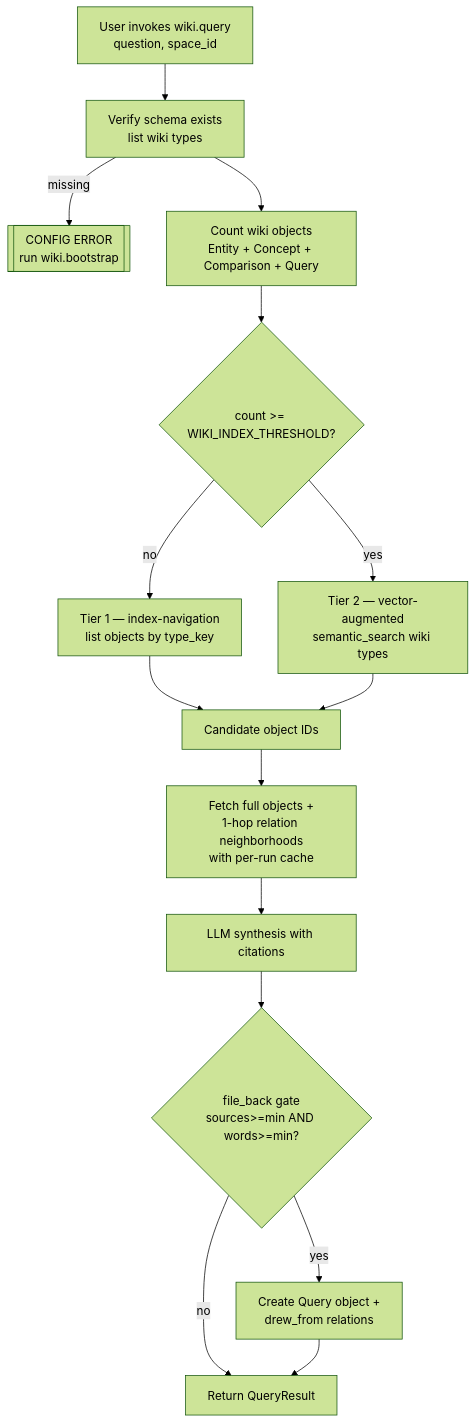
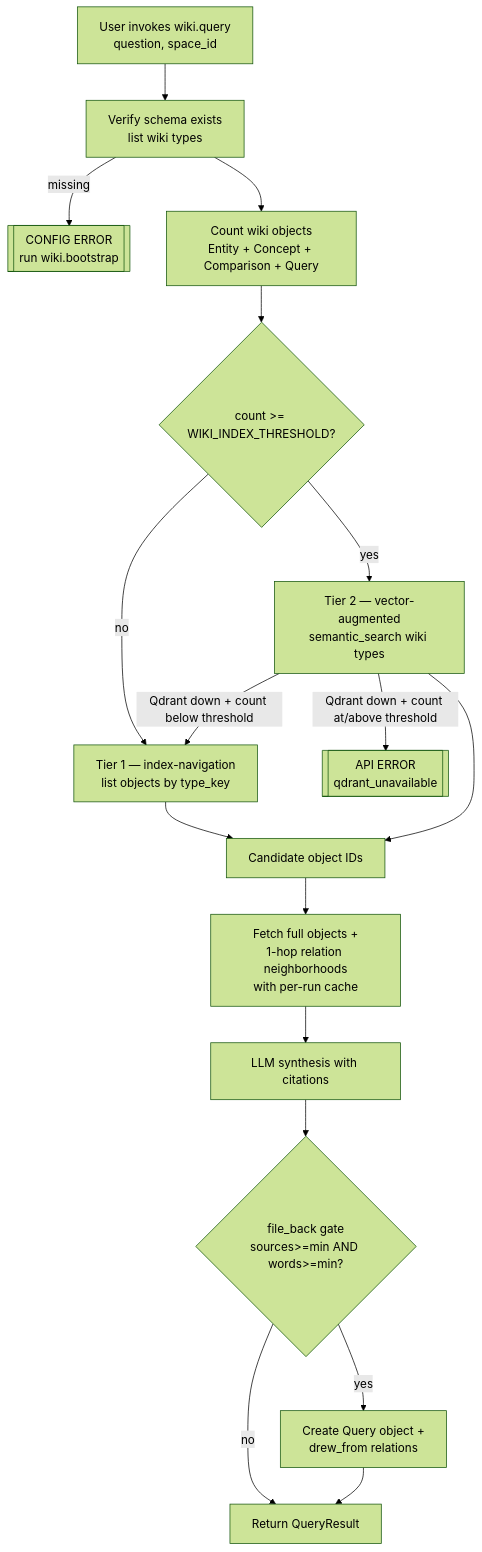
One commit to Aldeia-IT/anytype-llm-wiki changed the second of 4 diagrams in .aldeia/140-wiki-library-module-port-llm-wiki-pattern-onto-any/spec.md. Above: the diagram before and after it, drawn with Mermaid (forest theme). The commit also changed other lines of this file, not shown here.

````diff
--- a/.aldeia/140-wiki-library-module-port-llm-wiki-pattern-onto-any/spec.md
+++ b/.aldeia/140-wiki-library-module-port-llm-wiki-pattern-onto-any/spec.md
@@ -381,17 +449,19 @@
 ```mermaid
 flowchart TD
     A[User invokes wiki.query<br/>question, space_id] --> B[Verify schema exists<br/>list wiki types]
     B -->|missing| B_ERR[[CONFIG ERROR<br/>run wiki.bootstrap]]
     B --> C[Count wiki objects<br/>Entity + Concept + Comparison + Query]
     C --> D{count >= WIKI_INDEX_THRESHOLD?}
     D -->|no| E[Tier 1 — index-navigation<br/>list objects by type_key]
     D -->|yes| F[Tier 2 — vector-augmented<br/>semantic_search wiki types]
+    F -->|Qdrant down + count below threshold| E
+    F -->|Qdrant down + count at/above threshold| F_ERR[[API ERROR<br/>qdrant_unavailable]]
     E --> G[Candidate object IDs]
     F --> G
     G --> H[Fetch full objects +<br/>1-hop relation neighborhoods<br/>with per-run cache]
     H --> I[LLM synthesis with citations]
     I --> J{file_back gate<br/>sources>=min AND words>=min?}
     J -->|yes| K[Create Query object +<br/>drew_from relations]
     J -->|no| L[Return QueryResult]
     K --> L
 ```
````
